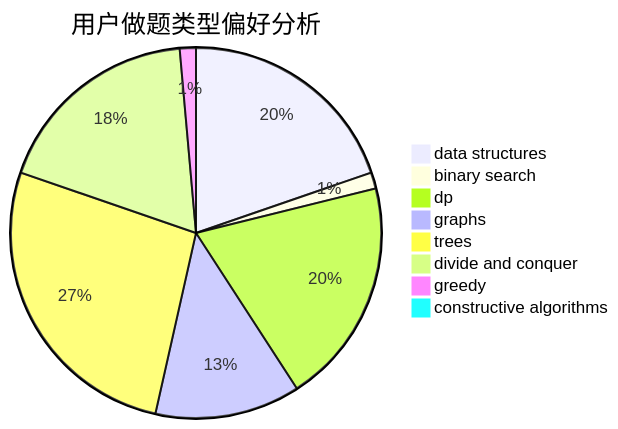
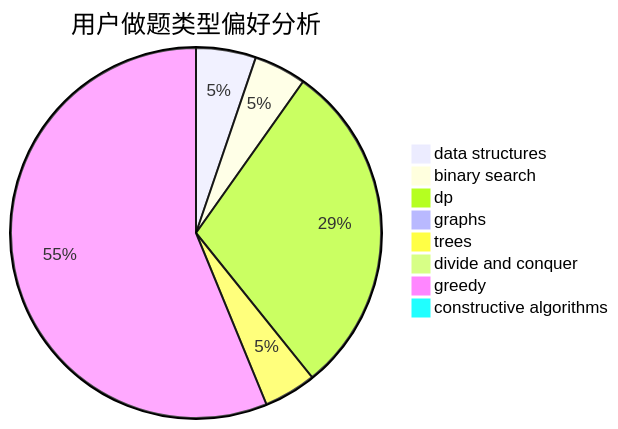
Before and after one commit to sherpahu/cfrs.github.io: the second of 3 diagrams in docs/user/u2735.md, drawn with Mermaid. The commit also changed other lines of this file and 2770 other files, not shown here.

````diff
--- a/docs/user/u2735.md
+++ b/docs/user/u2735.md
@@ -23,11 +23,11 @@
 ```mermaid
 pie title 用户做题类型偏好分析
-    "data structures" :  14
-    "binary search" :  1
-    "dp" :  14
-    "graphs" :  9
-    "trees" :  19
-    "divide and conquer" :  13
-    "greedy" :  1
-    "constructive algorithms" :  0
+    "data structures" :  8
+    "binary search" :  7
+    "dp" :  45
+    "graphs" :  1
+    "trees" :  7
+    "divide and conquer" :  0
+    "greedy" :  86
+    "constructive algorithms" :  1
 ```
````
